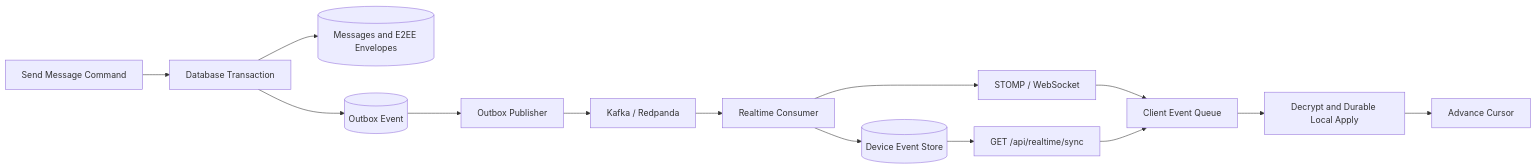
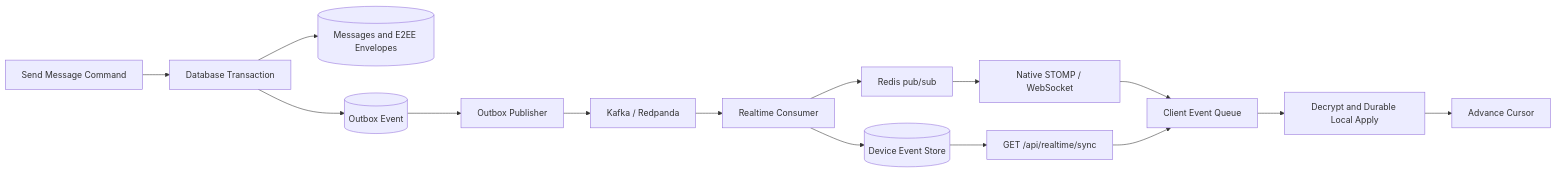
One commit to vaazhen/chaos-e2ee-messenger changed the fourth of 6 diagrams in README.md. Above: the diagram before and after it, drawn with Mermaid. The commit also changed other lines of this file and 1 other file, not shown here.

First line of the commit message:
docs: describe native STOMP and Redis WebSocket fan-out

````diff
--- a/README.md
+++ b/README.md
@@ -230,21 +230,22 @@
 ```mermaid
 flowchart LR
     CMD["Send Message Command"] --> TX["Database Transaction"]
 
     TX --> MSG[("Messages and E2EE Envelopes")]
     TX --> OUT[("Outbox Event")]
 
     OUT --> PUB["Outbox Publisher"]
     PUB --> BUS["Kafka / Redpanda"]
     BUS --> CONSUMER["Realtime Consumer"]
 
     CONSUMER --> STORE[("Device Event Store")]
-    CONSUMER --> WS["STOMP / WebSocket"]
+    CONSUMER --> FANOUT["Redis pub/sub"]
+    FANOUT --> WS["Native STOMP / WebSocket"]
 
     STORE --> SYNC["GET /api/realtime/sync"]
     WS --> QUEUE["Client Event Queue"]
     SYNC --> QUEUE
 
     QUEUE --> APPLY["Decrypt and Durable Local Apply"]
     APPLY --> CURSOR["Advance Cursor"]
 ```
````
